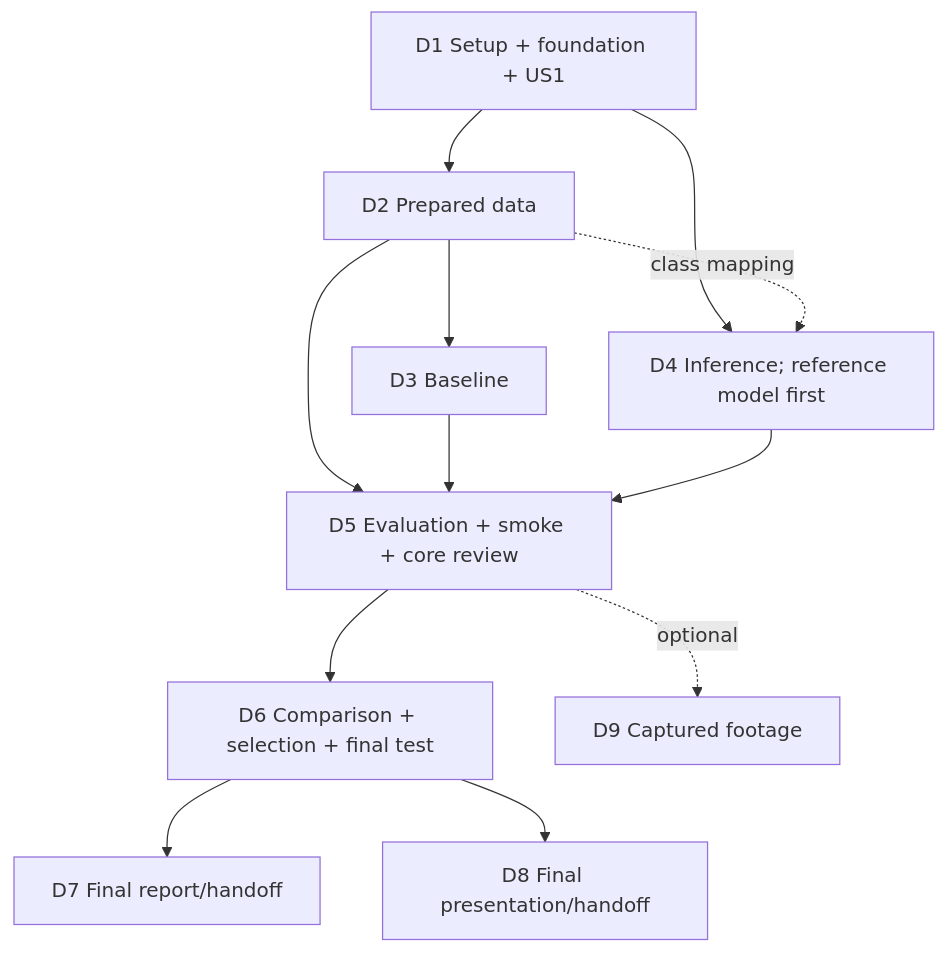
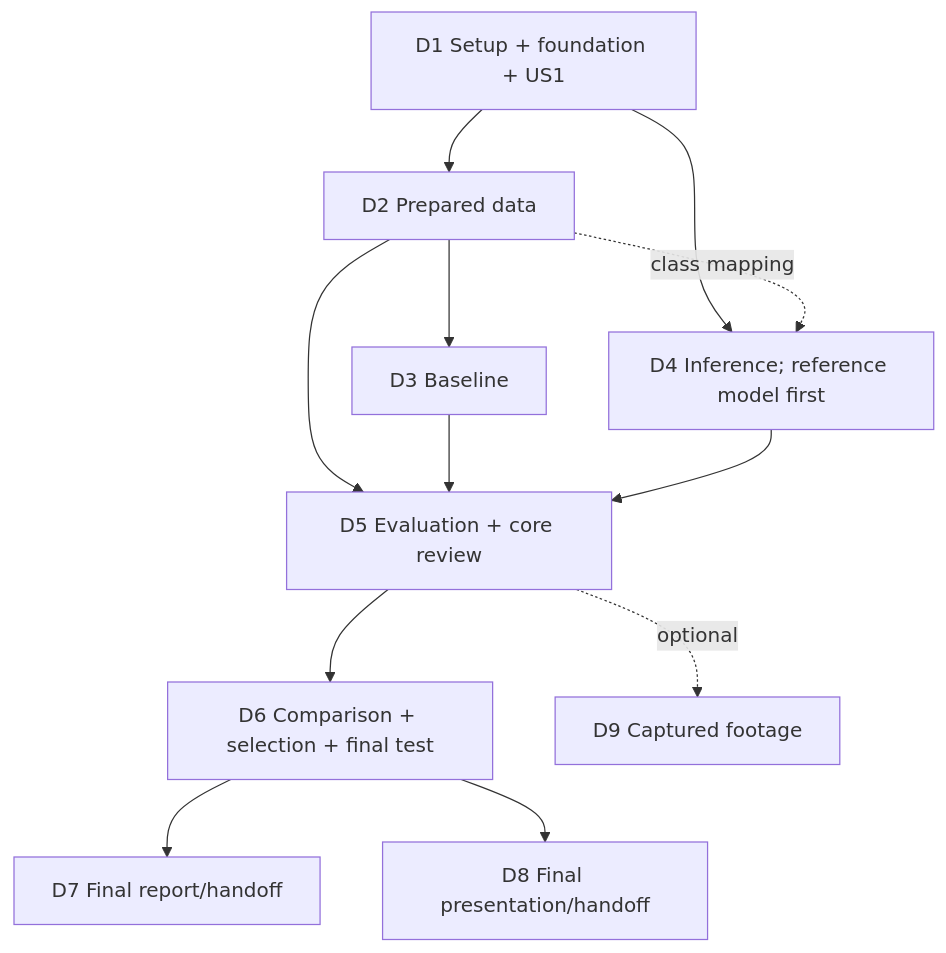
One commit to DiSaber/cs4337_project changed the diagram in specs/001-driving-object-detection/tasks.md. Above: the diagram before and after it, drawn with Mermaid. The commit also changed other lines of this file and 58 other files, not shown here.

````diff
--- a/specs/001-driving-object-detection/tasks.md
+++ b/specs/001-driving-object-detection/tasks.md
@@ -201,14 +205,14 @@
 ```mermaid
 flowchart TD
     D1["D1 Setup + foundation + US1"] --> D2["D2 Prepared data"]
     D2 --> D3["D3 Baseline"]
     D1 --> D4["D4 Inference; reference model first"]
     D2 -. class mapping .-> D4
-    D2 --> D5["D5 Evaluation + smoke + core review"]
+    D2 --> D5["D5 Evaluation + core review"]
     D3 --> D5
     D4 --> D5
     D5 --> D6["D6 Comparison + selection + final test"]
     D6 --> D7["D7 Final report/handoff"]
     D6 --> D8["D8 Final presentation/handoff"]
     D5 -. optional .-> D9["D9 Captured footage"]
 ```
````
